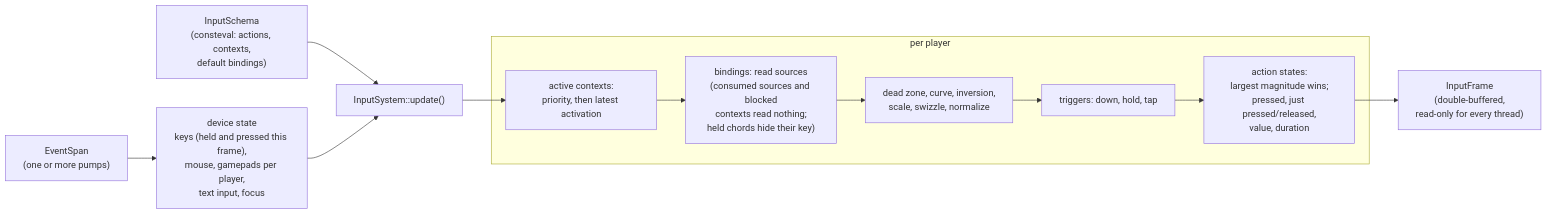
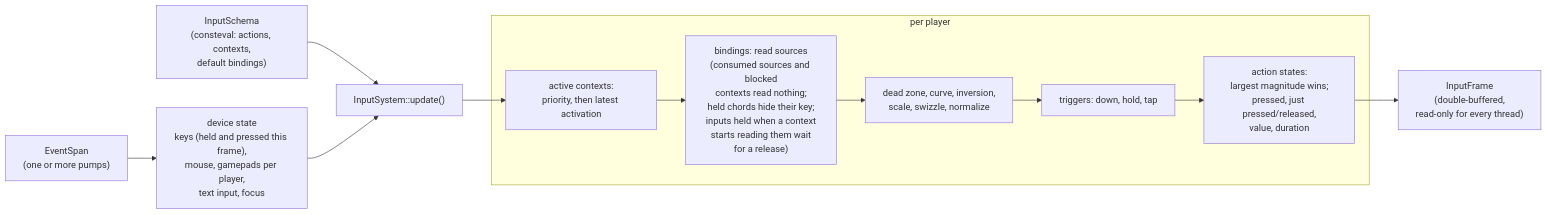
The ninth of 13 diagrams in docs/architecture.md (bueno-mhc/gfx), drawn with Mermaid before and after one commit. The commit also changed other lines of this file and 18 other files, not shown here.

First line of the commit message:
Ignore inputs held when a context starts reading them; Debug frame metrics overlay

````diff
--- a/docs/architecture.md
+++ b/docs/architecture.md
@@ -423,14 +428,14 @@
 ```mermaid
 flowchart LR
     events["EventSpan<br/>(one or more pumps)"] --> devices["device state<br/>keys (held and pressed this frame),<br/>mouse, gamepads per player,<br/>text input, focus"]
     schema["InputSchema<br/>(consteval: actions, contexts,<br/>default bindings)"] --> system
     devices --> system["InputSystem::update()"]
     subgraph evaluation["per player"]
-        order["active contexts:<br/>priority, then latest activation"] --> bindings["bindings: read sources<br/>(consumed sources and blocked<br/>contexts read nothing;<br/>held chords hide their key)"]
+        order["active contexts:<br/>priority, then latest activation"] --> bindings["bindings: read sources<br/>(consumed sources and blocked<br/>contexts read nothing;<br/>held chords hide their key;<br/>inputs held when a context<br/>starts reading them wait<br/>for a release)"]
         bindings --> shape["dead zone, curve, inversion,<br/>scale, swizzle, normalize"]
         shape --> triggers["triggers: down, hold, tap"]
         triggers --> states["action states:<br/>largest magnitude wins;<br/>pressed, just pressed/released,<br/>value, duration"]
     end
     system --> order
     states --> frame["InputFrame<br/>(double-buffered,<br/>read-only for every thread)"]
 ```
````
